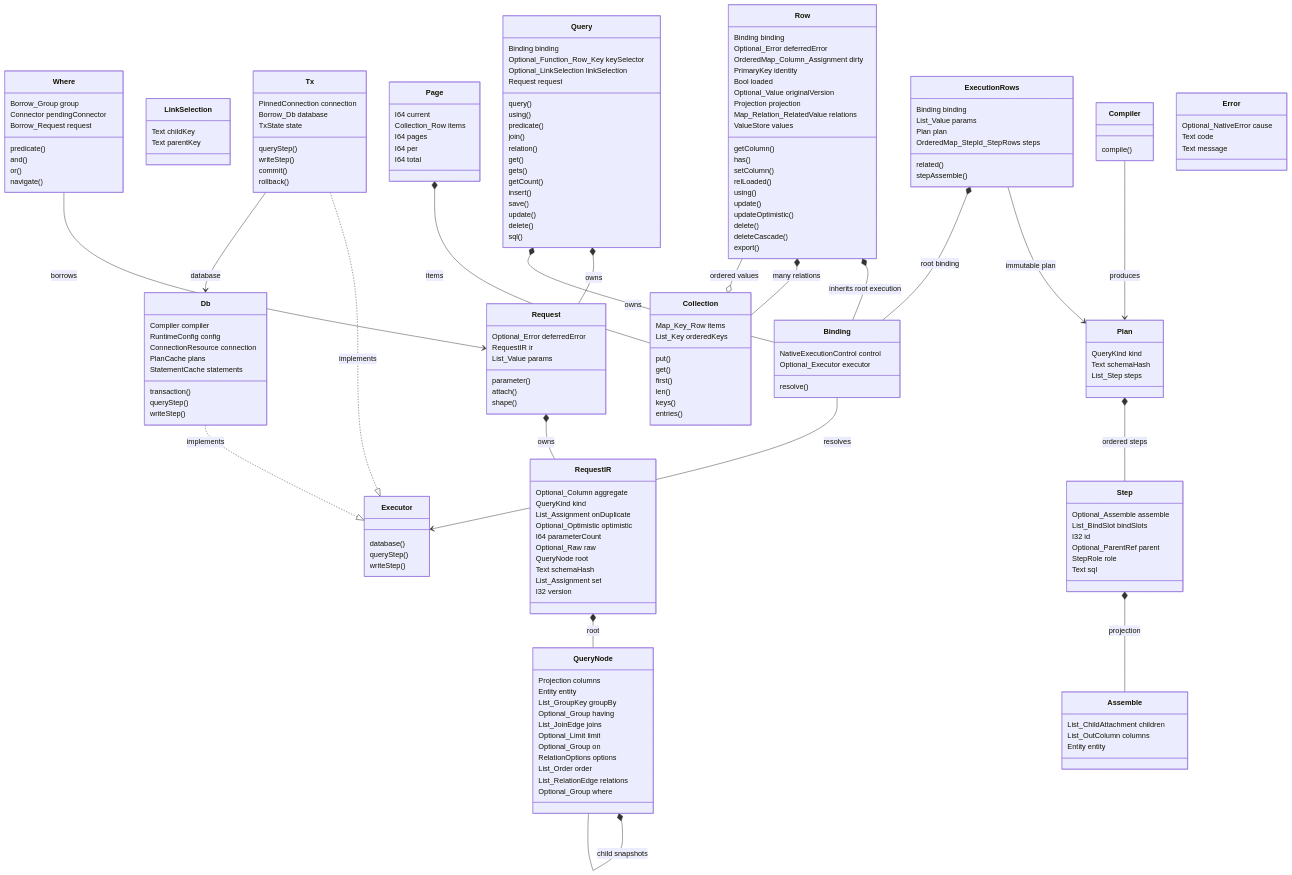
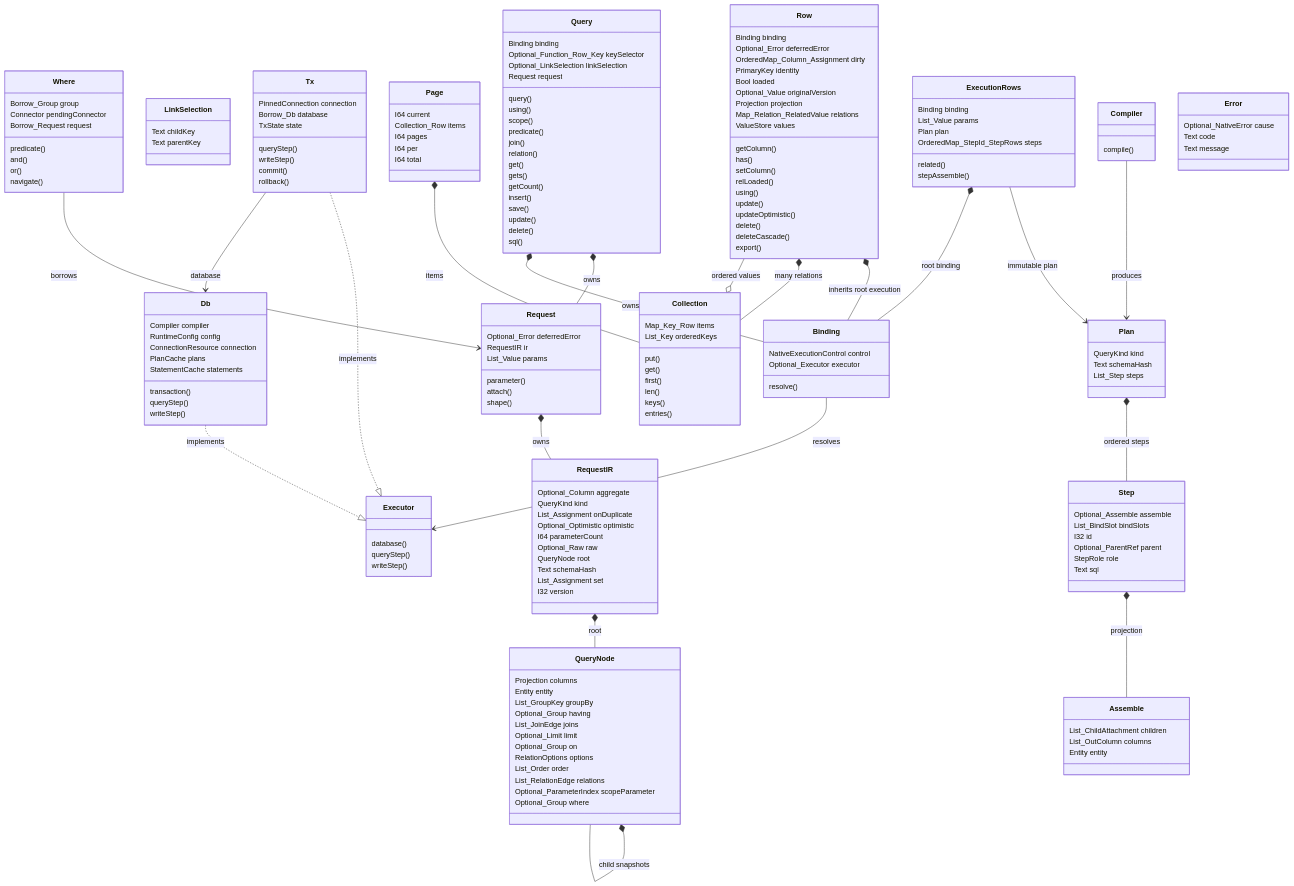
The diagram in docs/interfaces-model.ko.md (polyspec/orm), drawn with Mermaid before and after one commit. The commit also changed other lines of this file and 42 other files, not shown here.

```diff
--- a/docs/interfaces-model.ko.md
+++ b/docs/interfaces-model.ko.md
@@ -11,6 +11,7 @@
         Request request
         query()
         using()
+        scope()
         predicate()
         join()
         relation()
@@ -67,6 +68,7 @@
         RelationOptions options
         List_Order order
         List_RelationEdge relations
+        Optional_ParameterIndex scopeParameter
         Optional_Group where
     }
     class Binding {
```
